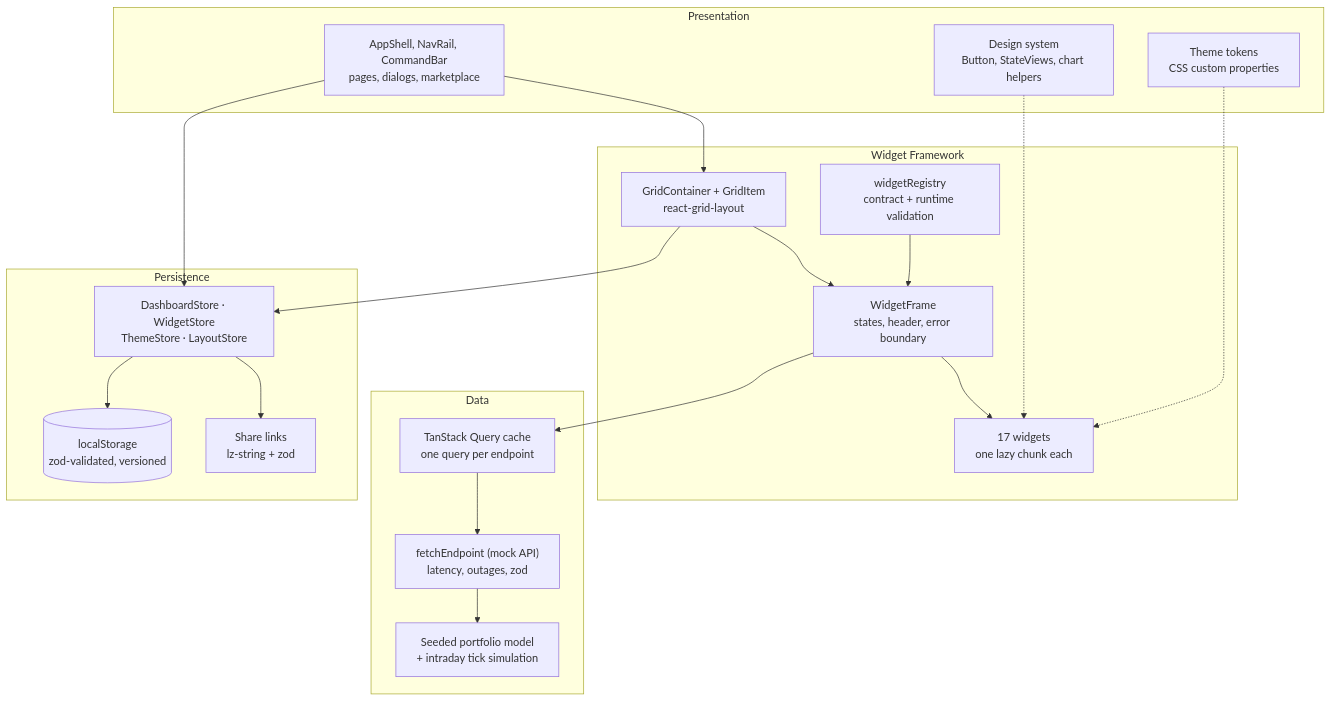
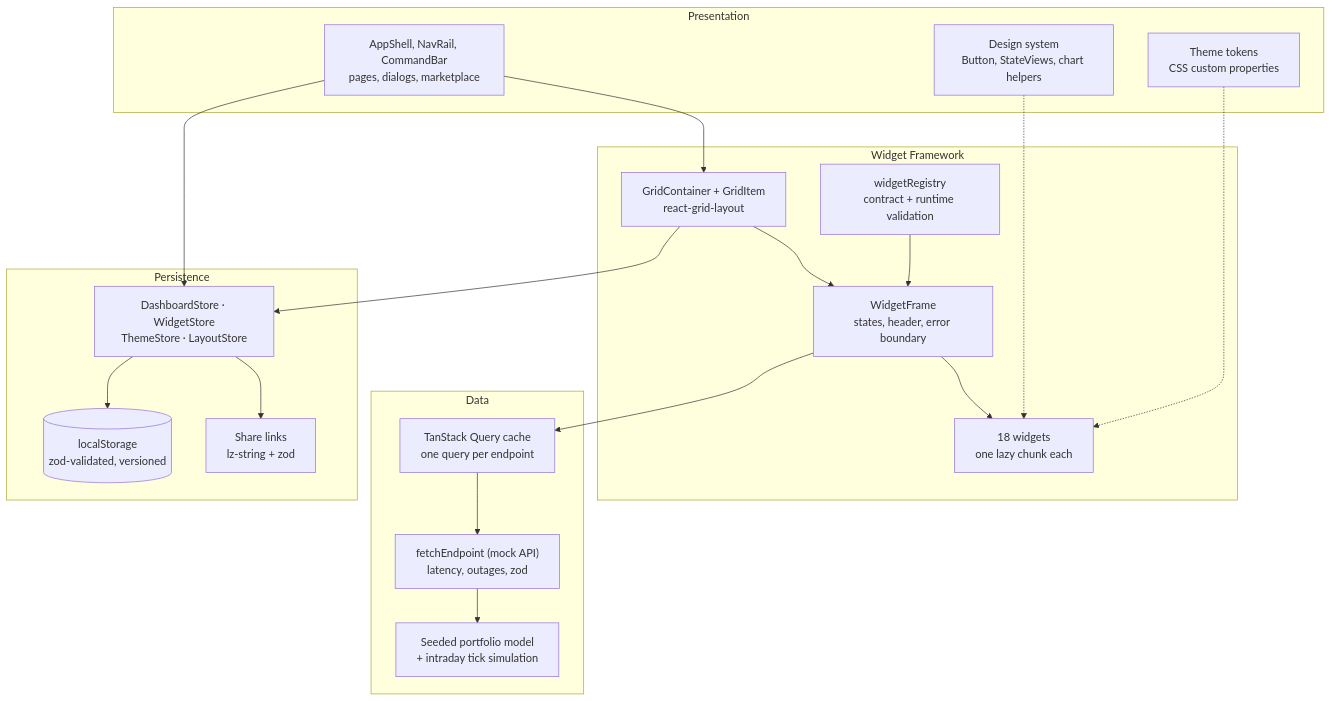
The first of 6 diagrams in docs/ARCHITECTURE.md (vaishnavibhagwat/Project-C), drawn with Mermaid before and after one commit. The commit also changed other lines of this file and 29 other files, not shown here.

````diff
--- a/docs/ARCHITECTURE.md
+++ b/docs/ARCHITECTURE.md
@@ -18,38 +18,38 @@
 ```mermaid
 flowchart TB
   subgraph P["Presentation"]
     shell["AppShell, NavRail, CommandBar<br/>pages, dialogs, marketplace"]
     ds["Design system<br/>Button, StateViews, chart helpers"]
     theme["Theme tokens<br/>CSS custom properties"]
   end
   subgraph W["Widget Framework"]
     registry["widgetRegistry<br/>contract + runtime validation"]
     grid["GridContainer + GridItem<br/>react-grid-layout"]
     frame["WidgetFrame<br/>states, header, error boundary"]
-    widgets["17 widgets<br/>one lazy chunk each"]
+    widgets["18 widgets<br/>one lazy chunk each"]
   end
   subgraph D["Data"]
     query["TanStack Query cache<br/>one query per endpoint"]
     api["fetchEndpoint (mock API)<br/>latency, outages, zod"]
     sim["Seeded portfolio model<br/>+ intraday tick simulation"]
   end
   subgraph S["Persistence"]
     stores["DashboardStore · WidgetStore<br/>ThemeStore · LayoutStore"]
     ls[("localStorage<br/>zod-validated, versioned")]
     share["Share links<br/>lz-string + zod"]
   end
 
   shell --> grid
   grid --> frame
   registry --> frame
   frame --> widgets
   frame --> query
   query --> api
   api --> sim
   shell --> stores
   grid --> stores
   stores --> ls
   stores --> share
   ds -.-> widgets
   theme -.-> widgets
 ```
````
